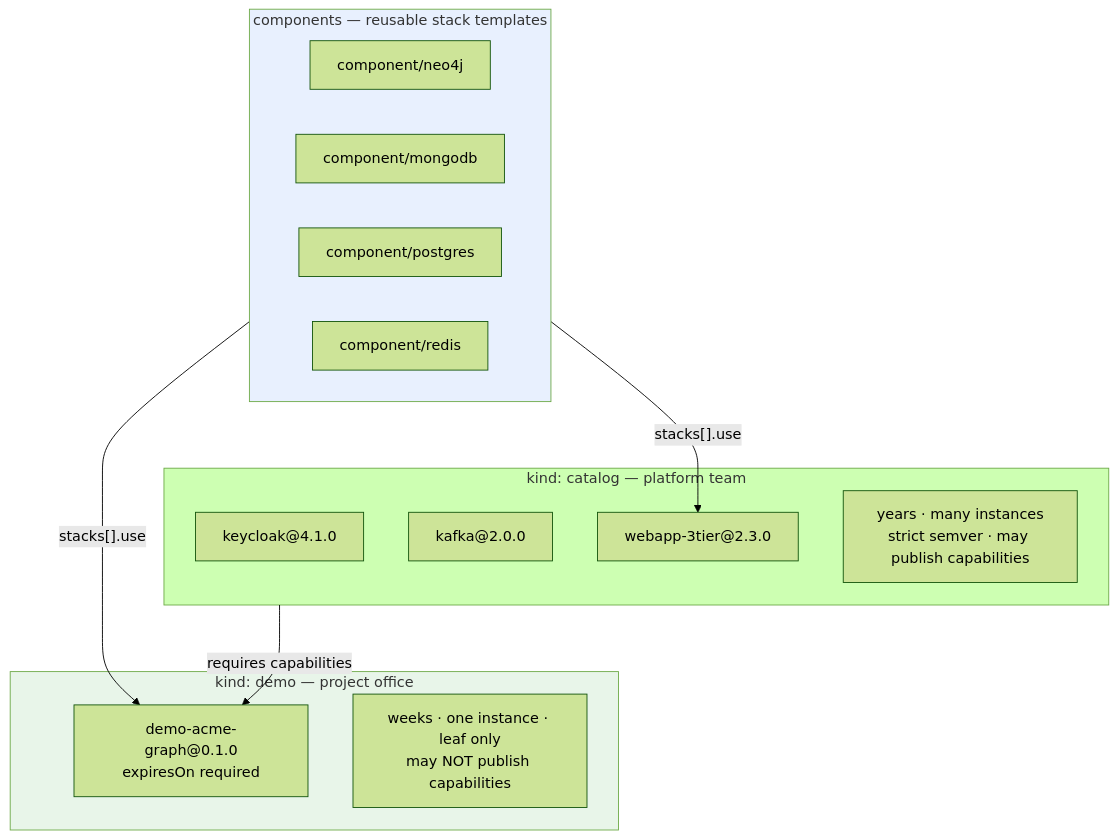
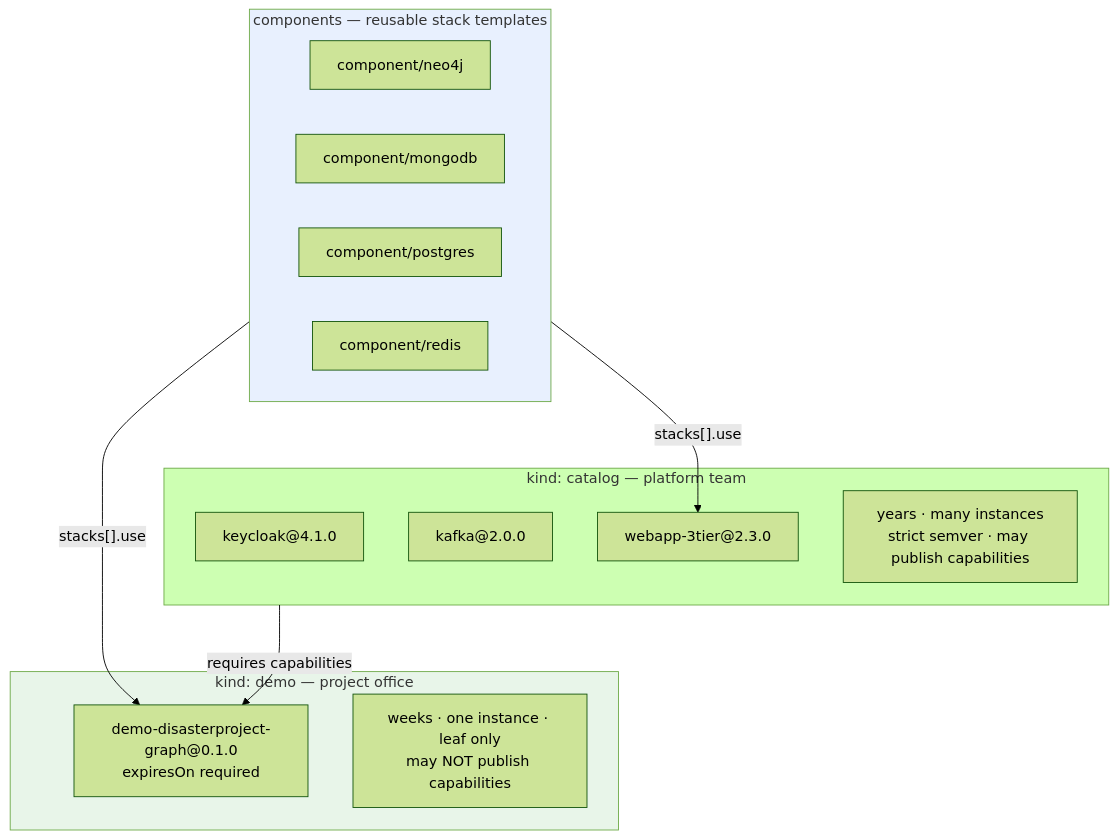
One commit to aescanero/proposal_documents changed diagram 18 of 19 in docs/platform-overview.md. Above: the diagram before and after it, drawn with Mermaid (forest theme). The commit also changed other lines of this file and 21 other files, not shown here.

First line of the commit message:
Rename example organisation: acme.com -> disasterproject.com, acme -> disasterproject

````diff
--- a/docs/platform-overview.md
+++ b/docs/platform-overview.md
@@ -475,25 +475,25 @@
 ```mermaid
 flowchart TD
     subgraph CAT["kind: catalog — platform team"]
         C1["keycloak@4.1.0"]
         C2["kafka@2.0.0"]
         C3["webapp-3tier@2.3.0"]
         CN["years · many instances<br/>strict semver · may publish capabilities"]
     end
     subgraph COMP["components — reusable stack templates"]
         P1["component/neo4j"]
         P2["component/mongodb"]
         P3["component/postgres"]
         P4["component/redis"]
     end
     subgraph DEMO["kind: demo — project office"]
-        D1["demo-acme-graph@0.1.0<br/>expiresOn required"]
+        D1["demo-disasterproject-graph@0.1.0<br/>expiresOn required"]
         DN["weeks · one instance · leaf only<br/>may NOT publish capabilities"]
     end
     COMP -->|"stacks[].use"| D1
     COMP -->|"stacks[].use"| C3
     CAT -->|"requires capabilities"| D1
 
     style DEMO fill:#e8f5e9
     style COMP fill:#e8f0fe
 ```
````
